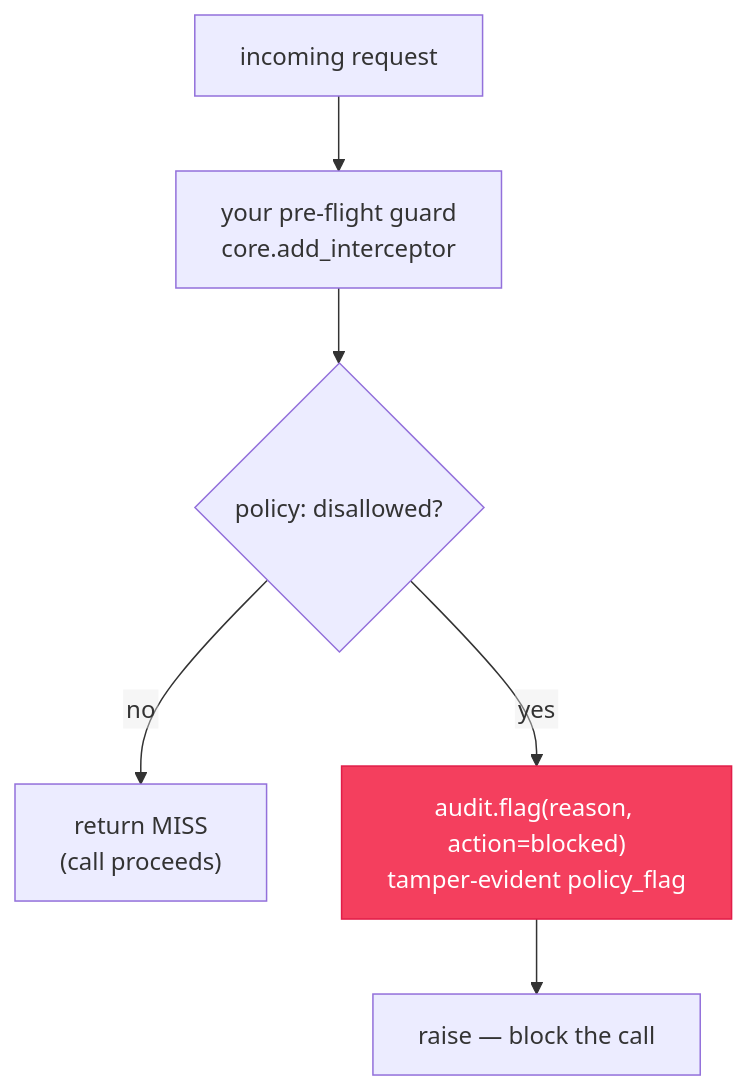
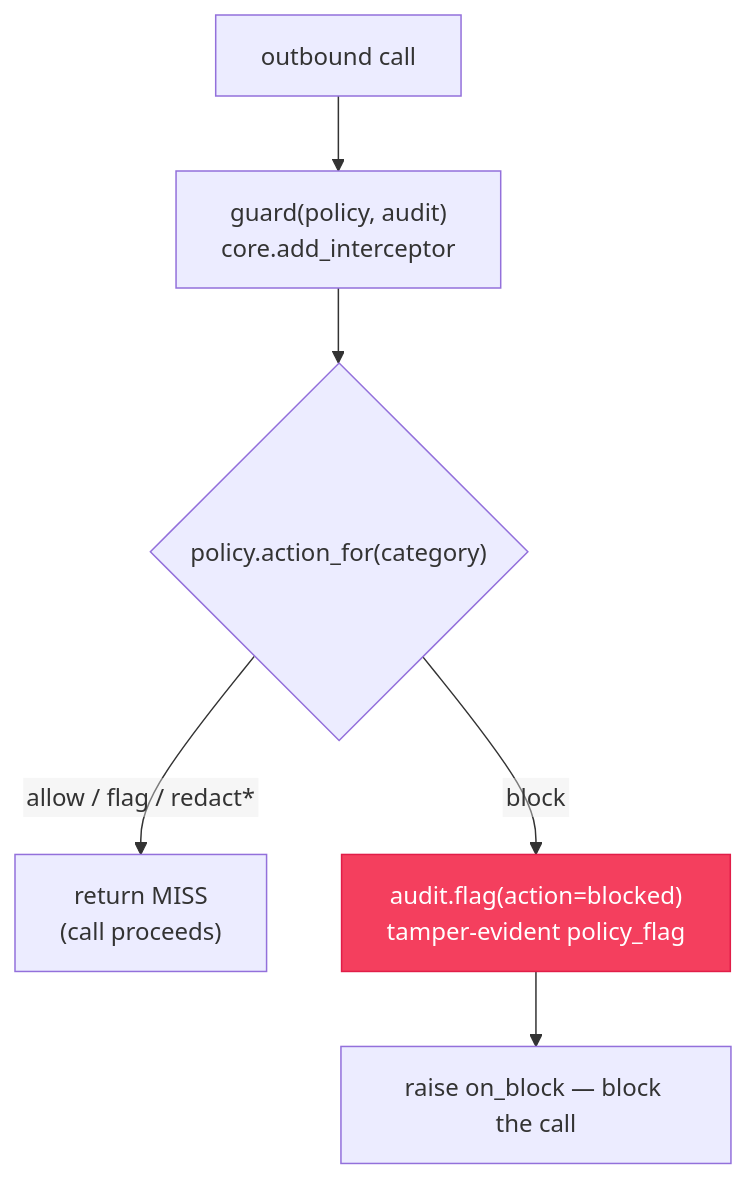
The second of 2 diagrams in docs/acttrace.md (cendorhq/cendor-libs), drawn with Mermaid before and after one commit. The commit also changed other lines of this file and 21 other files, not shown here.

````diff
--- a/docs/acttrace.md
+++ b/docs/acttrace.md
@@ -232,17 +354,17 @@
 ```mermaid
 %%{init: {"flowchart": {"htmlLabels": false}} }%%
 graph TD
-    REQ["incoming request"]
-    GUARD["your pre-flight guard<br/>core.add_interceptor"]
-    POL{"policy: disallowed?"}
+    REQ["outbound call"]
+    GUARD["guard(policy, audit)<br/>core.add_interceptor"]
+    POL{"policy.action_for(category)"}
     OK["return MISS<br/>(call proceeds)"]
-    FLAG["audit.flag(reason, action=blocked)<br/>tamper-evident policy_flag"]
-    STOP["raise — block the call"]
+    FLAG["audit.flag(action=blocked)<br/>tamper-evident policy_flag"]
+    STOP["raise on_block — block the call"]
 
     REQ --> GUARD --> POL
-    POL -->|no| OK
-    POL -->|yes| FLAG --> STOP
+    POL -->|allow / flag / redact*| OK
+    POL -->|block| FLAG --> STOP
 
     classDef at fill:#F43F5E,color:#ffffff,stroke:#E11D48;
     class FLAG at;
 ```
````
